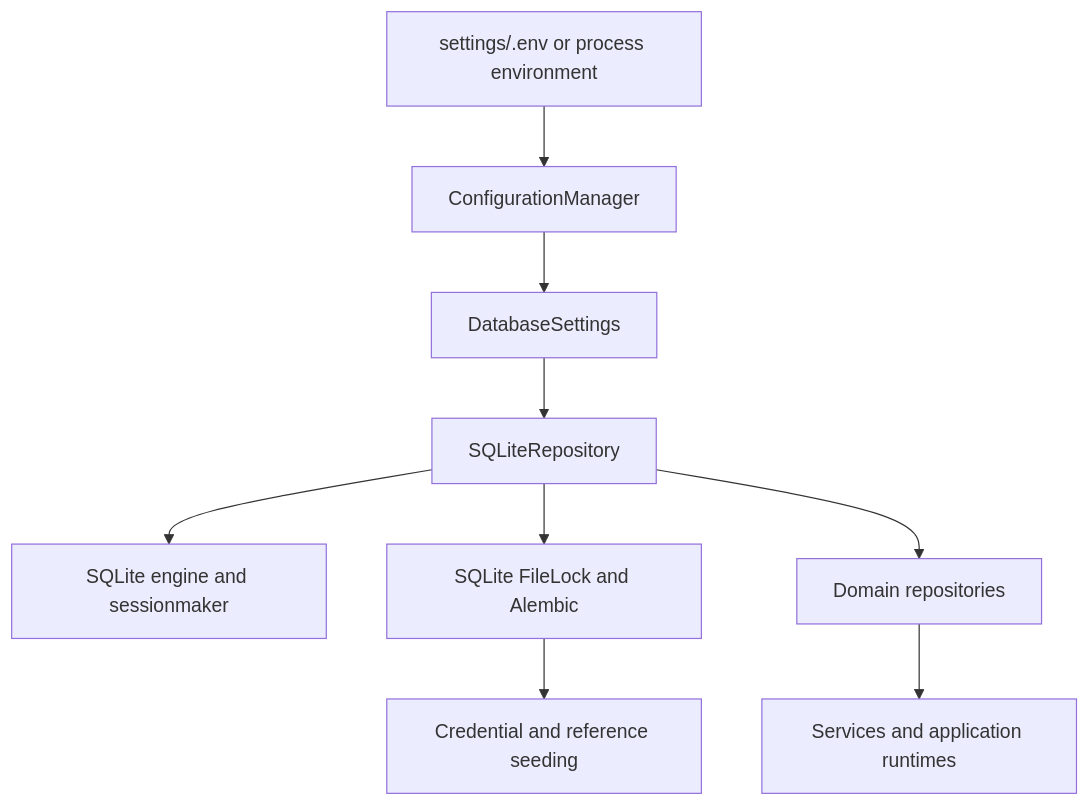
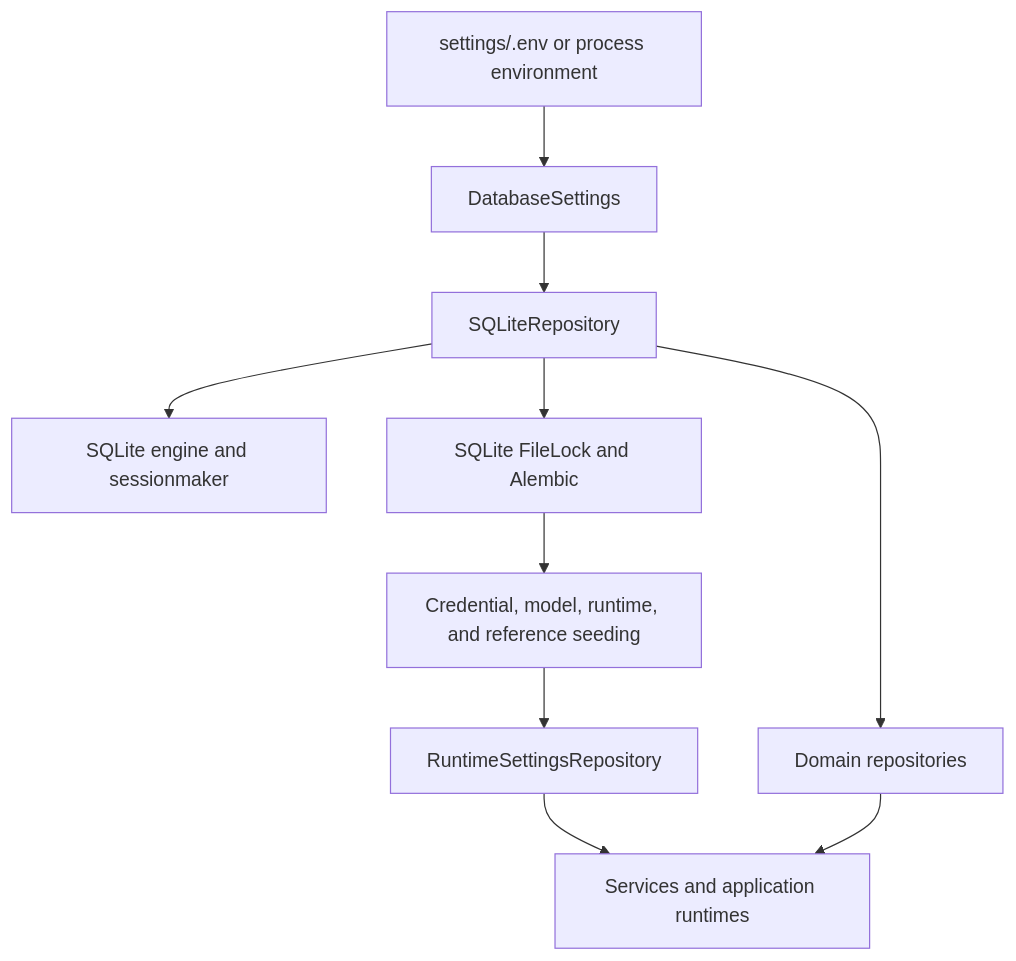
Before and after one commit to CTCycle/AEGIS-Geospatial-View: the diagram in assets/docs/architecture/persistence.md, drawn with Mermaid. The commit also changed other lines of this file and 56 other files, not shown here.

First line of the commit message:
Refactor runtime settings management and API integration

````diff
--- a/assets/docs/architecture/persistence.md
+++ b/assets/docs/architecture/persistence.md
@@ -18,21 +18,22 @@
 ```mermaid
 flowchart TD
     ENV[settings/.env or process environment]
-    CONFIG[ConfigurationManager]
     SETTINGS[DatabaseSettings]
     DB[SQLiteRepository]
     ENGINE[SQLite engine and sessionmaker]
     MIG[SQLite FileLock and Alembic]
-    SEED[Credential and reference seeding]
+    SEED[Credential, model, runtime, and reference seeding]
+    RUNTIME[RuntimeSettingsRepository]
     REPOS[Domain repositories]
     SERVICES[Services and application runtimes]
 
-    ENV --> CONFIG
-    CONFIG --> SETTINGS
+    ENV --> SETTINGS
     SETTINGS --> DB
     DB --> ENGINE
     DB --> MIG
     MIG --> SEED
+    SEED --> RUNTIME
+    RUNTIME --> SERVICES
     DB --> REPOS
     REPOS --> SERVICES
 ```
````
